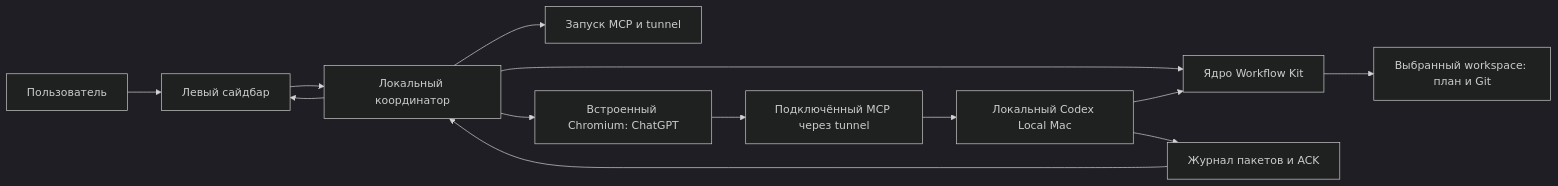
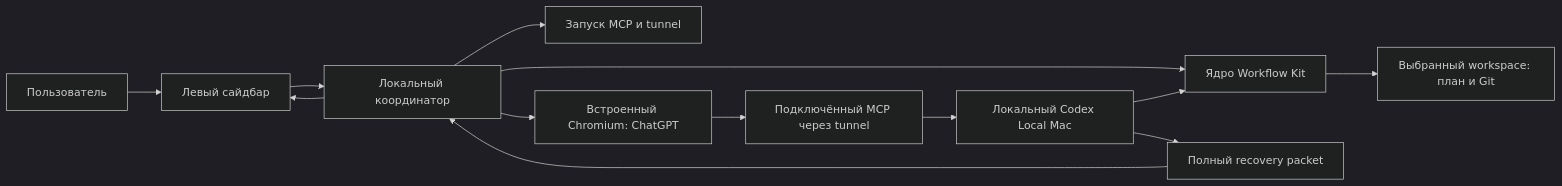
Before and after one commit to OleynikAleksandr/Project-Web-Pilot: the diagram in docs/architecture/ARCHITECTURE.md, drawn with Mermaid (dark theme). The commit also changed other lines of this file and 10 other files, not shown here.

````diff
--- a/docs/architecture/ARCHITECTURE.md
+++ b/docs/architecture/ARCHITECTURE.md
@@ -9,15 +9,15 @@
 ```mermaid
 flowchart LR
     U[Пользователь] --> S[Левый сайдбар]
     S --> C[Локальный координатор]
     C --> W[Ядро Workflow Kit]
     W --> P[Выбранный workspace: план и Git]
     C --> L[Запуск MCP и tunnel]
     C --> B[Встроенный Chromium: ChatGPT]
     B --> T[Подключённый MCP через tunnel]
     T --> M[Локальный Codex Local Mac]
     M --> W
-    M --> R[Журнал пакетов и ACK]
+    M --> R[Полный recovery packet]
     R --> C
     C --> S
 ```
````
